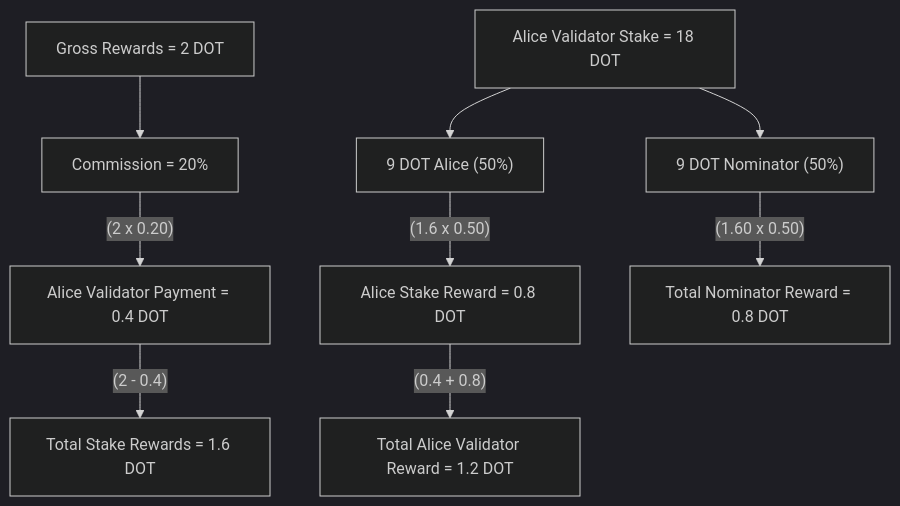
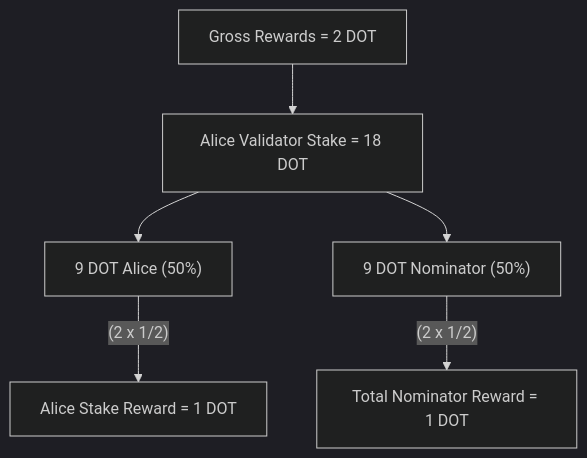
The fifth of 6 diagrams in docs/node-infrastructure/run-a-validator/staking-mechanics/rewards.md (polkadot-developers/polkadot-docs), drawn with Mermaid (dark theme) before and after one commit. The commit also changed other lines of this file and 4 other files, not shown here.

````diff
--- a/docs/node-infrastructure/run-a-validator/staking-mechanics/rewards.md
+++ b/docs/node-infrastructure/run-a-validator/staking-mechanics/rewards.md
@@ -154,23 +191,16 @@
 ``` mermaid
 
 flowchart TD
     A["Gross Rewards = 2 DOT"]
-    E["Commission = 20%"]
-    F["Alice Validator Payment = 0.4 DOT"]
-    G["Total Stake Rewards = 1.6 DOT"]
     B["Alice Validator Stake = 18 DOT"]
     C["9 DOT Alice (50%)"]
-    H["Alice Stake Reward = 0.8 DOT"]
-    I["Total Alice Validator Reward = 1.2 DOT"]
     D["9 DOT Nominator (50%)"]
-    J["Total Nominator Reward = 0.8 DOT"]
-    
-    A --> E
-    E --(2 x 0.20)--> F
-    F --(2 - 0.4)--> G
+    H["Alice Stake Reward = 1 DOT"]
+    J["Total Nominator Reward = 1 DOT"]
+
+    A --> B
     B --> C
     B --> D
-    C --(1.6 x 0.50)--> H
-    H --(0.4 + 0.8)--> I
-    D --(1.60 x 0.50)--> J
+    C --(2 x 1/2)--> H
+    D --(2 x 1/2)--> J
 ```
````
